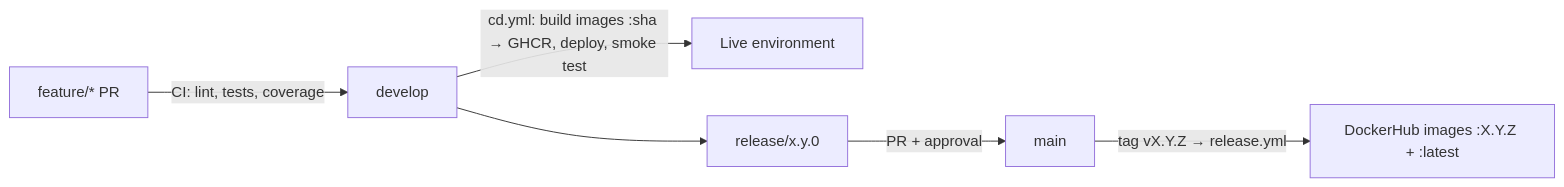
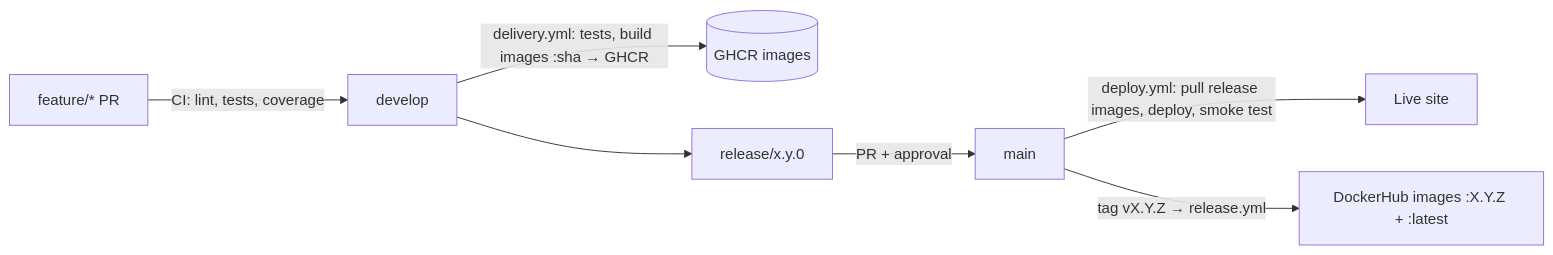
The third of 3 diagrams in implementation-plan.md (Andrew-Ih/COMP-4350-Group5-GetDrove), drawn with Mermaid before and after one commit. The commit also changed other lines of this file and 12 other files, not shown here.

````diff
--- a/implementation-plan.md
+++ b/implementation-plan.md
@@ -1409,8 +1395,9 @@
 ```mermaid
 flowchart LR
     F[feature/* PR] -->|CI: lint, tests, coverage| D[develop]
-    D -->|cd.yml: build images :sha → GHCR, deploy, smoke test| L[Live environment]
+    D -->|delivery.yml: tests, build images :sha → GHCR| G[(GHCR images)]
     D --> R[release/x.y.0]
     R -->|PR + approval| M[main]
+    M -->|deploy.yml: pull release images, deploy, smoke test| L[Live site]
     M -->|tag vX.Y.Z → release.yml| H[DockerHub images :X.Y.Z + :latest]
 ```
````
